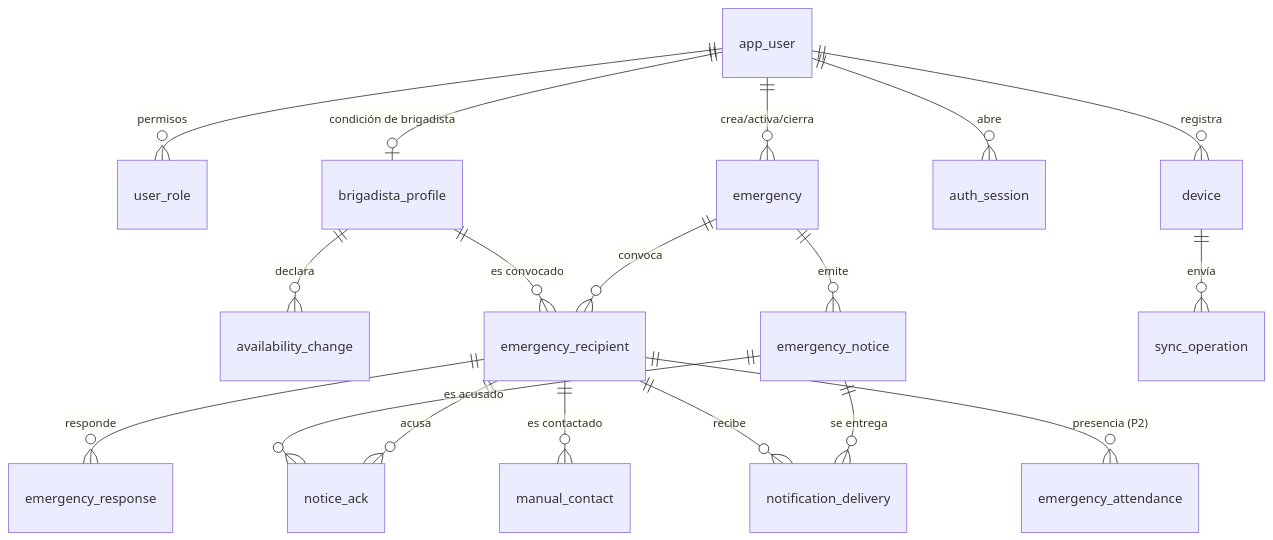
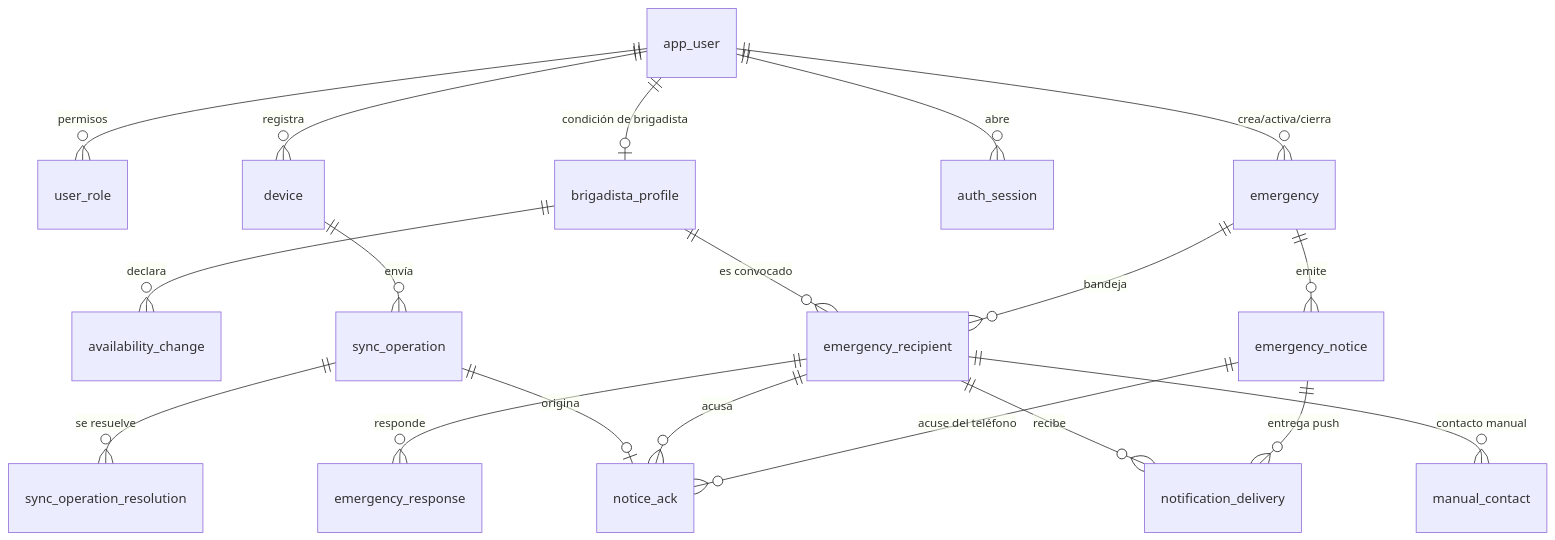
Before and after one commit to zaidepilef/EmergenciaApp: the diagram in docs/database/physical-model.md, drawn with Mermaid. The commit also changed other lines of this file and 11 other files, not shown here.

````diff
--- a/docs/database/physical-model.md
+++ b/docs/database/physical-model.md
@@ -85,20 +87,21 @@
 ```mermaid
 erDiagram
     app_user ||--o{ user_role : "permisos"
     app_user ||--o| brigadista_profile : "condición de brigadista"
     app_user ||--o{ device : registra
     app_user ||--o{ auth_session : abre
     brigadista_profile ||--o{ availability_change : declara
     app_user ||--o{ emergency : "crea/activa/cierra"
     emergency ||--o{ emergency_notice : emite
-    emergency ||--o{ emergency_recipient : convoca
+    emergency ||--o{ emergency_recipient : "bandeja"
     brigadista_profile ||--o{ emergency_recipient : "es convocado"
     emergency_recipient ||--o{ emergency_response : responde
+    emergency_notice ||--o{ notification_delivery : "entrega push"
+    emergency_recipient ||--o{ notification_delivery : recibe
+    emergency_notice ||--o{ notice_ack : "acuse del teléfono"
     emergency_recipient ||--o{ notice_ack : acusa
-    emergency_notice ||--o{ notice_ack : "es acusado"
-    emergency_notice ||--o{ notification_delivery : "se entrega"
-    emergency_recipient ||--o{ notification_delivery : recibe
-    emergency_recipient ||--o{ manual_contact : "es contactado"
-    emergency_recipient ||--o{ emergency_attendance : "presencia (P2)"
+    emergency_recipient ||--o{ manual_contact : "contacto manual"
     device ||--o{ sync_operation : envía
+    sync_operation ||--o{ sync_operation_resolution : "se resuelve"
+    sync_operation ||--o| notice_ack : origina
 ```
````
